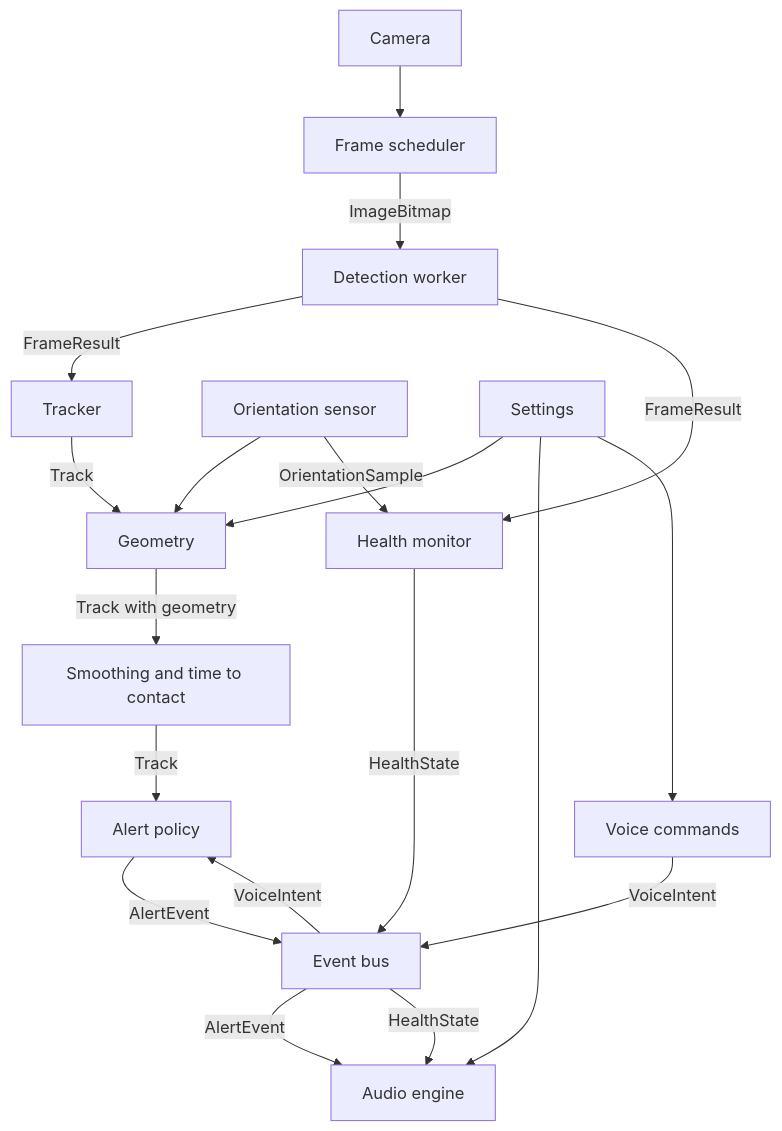
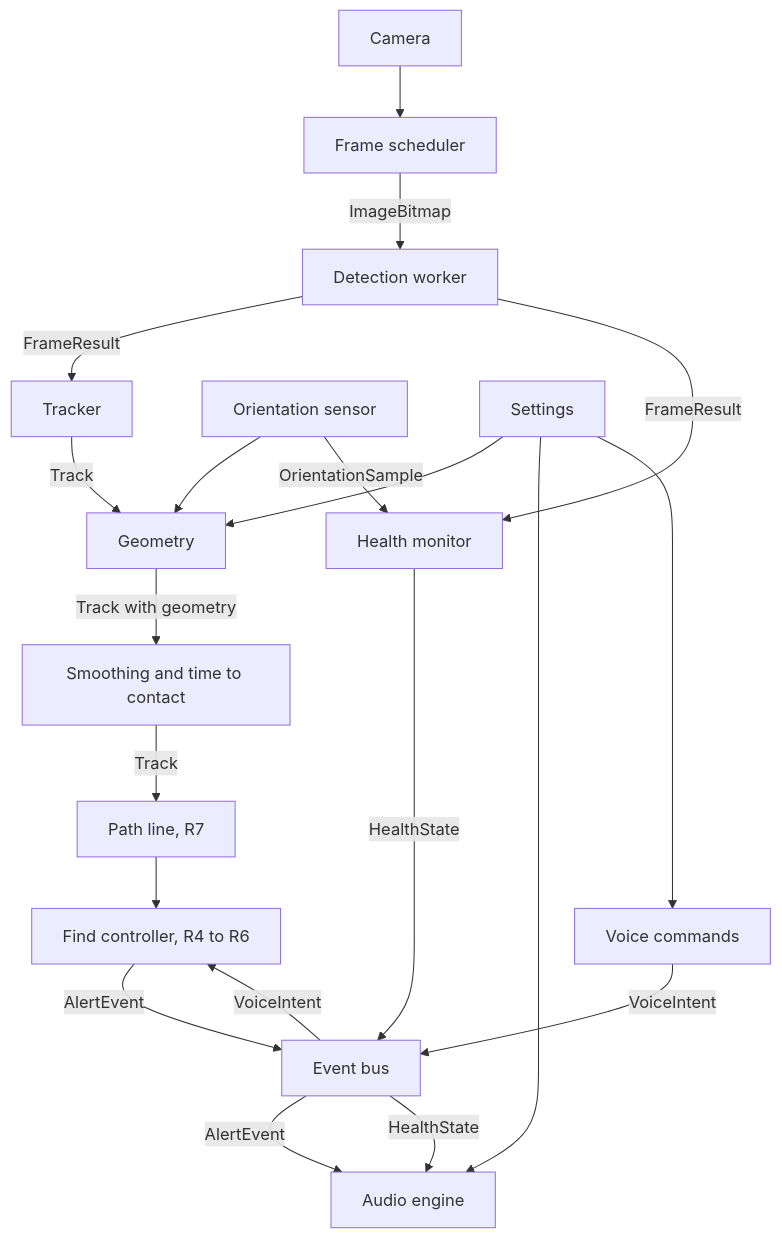
The first of 2 diagrams in docs/SDS.md (PyStarJosh/kenshi), drawn with Mermaid before and after one commit. The commit also changed other lines of this file and 21 other files, not shown here.

````diff
--- a/docs/SDS.md
+++ b/docs/SDS.md
@@ -9,21 +9,22 @@
 ```mermaid
 flowchart TD
   CAM[Camera] --> SCH[Frame scheduler]
   SCH -->|ImageBitmap| WRK[Detection worker]
   WRK -->|FrameResult| TRK[Tracker]
   ORI[Orientation sensor] --> GEO[Geometry]
   SET[Settings] --> GEO
   TRK -->|Track| GEO
   GEO -->|Track with geometry| MOT[Smoothing and time to contact]
-  MOT -->|Track| POL[Alert policy]
-  POL -->|AlertEvent| BUS[Event bus]
+  MOT -->|Track| RTE[Path line, R7]
+  RTE --> FND[Find controller, R4 to R6]
+  FND -->|AlertEvent| BUS[Event bus]
   VOI[Voice commands] -->|VoiceIntent| BUS
   BUS -->|AlertEvent| AUD[Audio engine]
   SET --> AUD
   SET --> VOI
   WRK -->|FrameResult| HLT[Health monitor]
   ORI -->|OrientationSample| HLT
   HLT -->|HealthState| BUS
   BUS -->|HealthState| AUD
-  BUS -->|VoiceIntent| POL
+  BUS -->|VoiceIntent| FND
 ```
````
